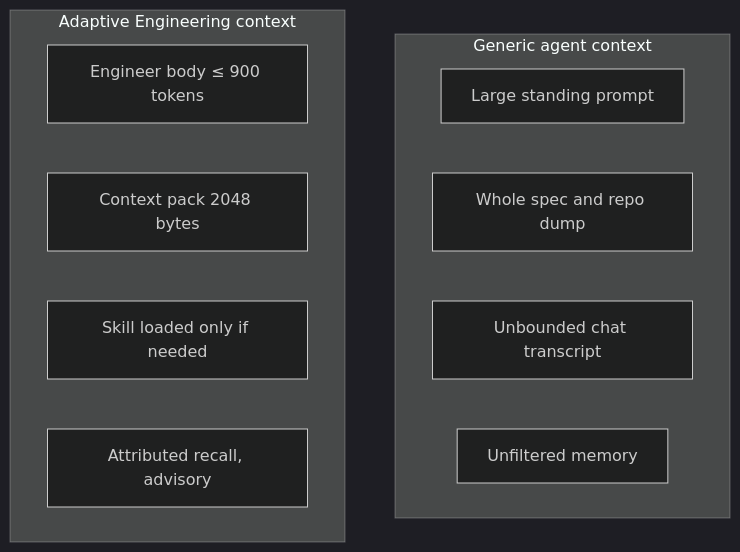
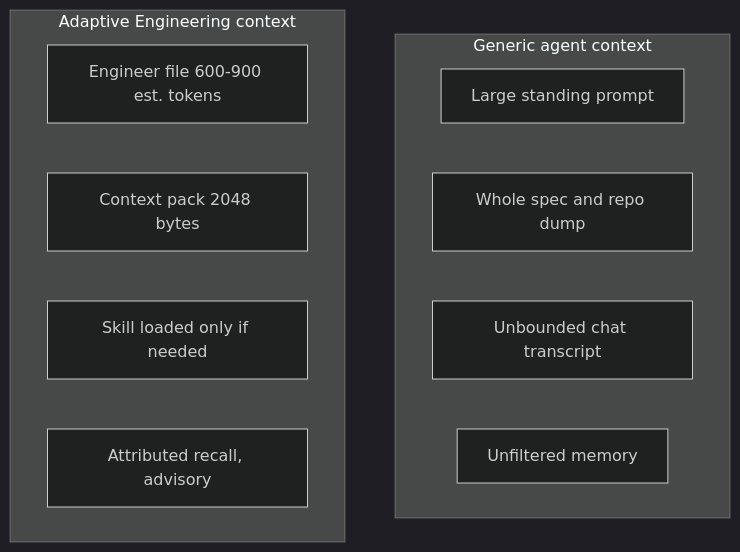
Before and after one commit to noodlemind/prompt-library: the third of 4 diagrams in docs/adaptive-engineering-primer.md, drawn with Mermaid (dark theme). The commit also changed other lines of this file, not shown here.

````diff
--- a/docs/adaptive-engineering-primer.md
+++ b/docs/adaptive-engineering-primer.md
@@ -148,15 +148,15 @@
 ```mermaid
 flowchart TB
     subgraph Generic["Generic agent context"]
         G1["Large standing prompt"]
         G2["Whole spec and repo dump"]
         G3["Unbounded chat transcript"]
         G4["Unfiltered memory"]
     end
     subgraph AE["Adaptive Engineering context"]
-        A1["Engineer body ≤ 900 tokens"]
+        A1["Engineer file 600-900 est. tokens"]
         A2["Context pack 2048 bytes"]
         A3["Skill loaded only if needed"]
         A4["Attributed recall, advisory"]
     end
 ```
````
